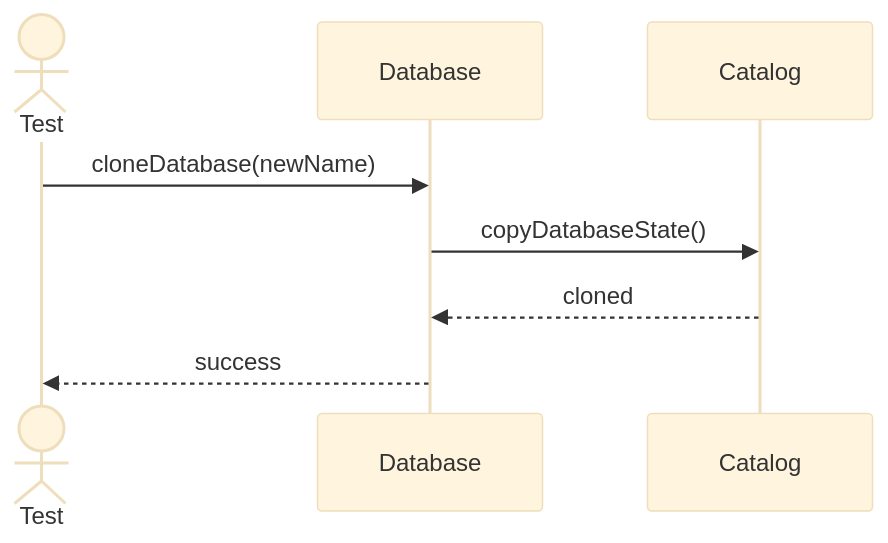
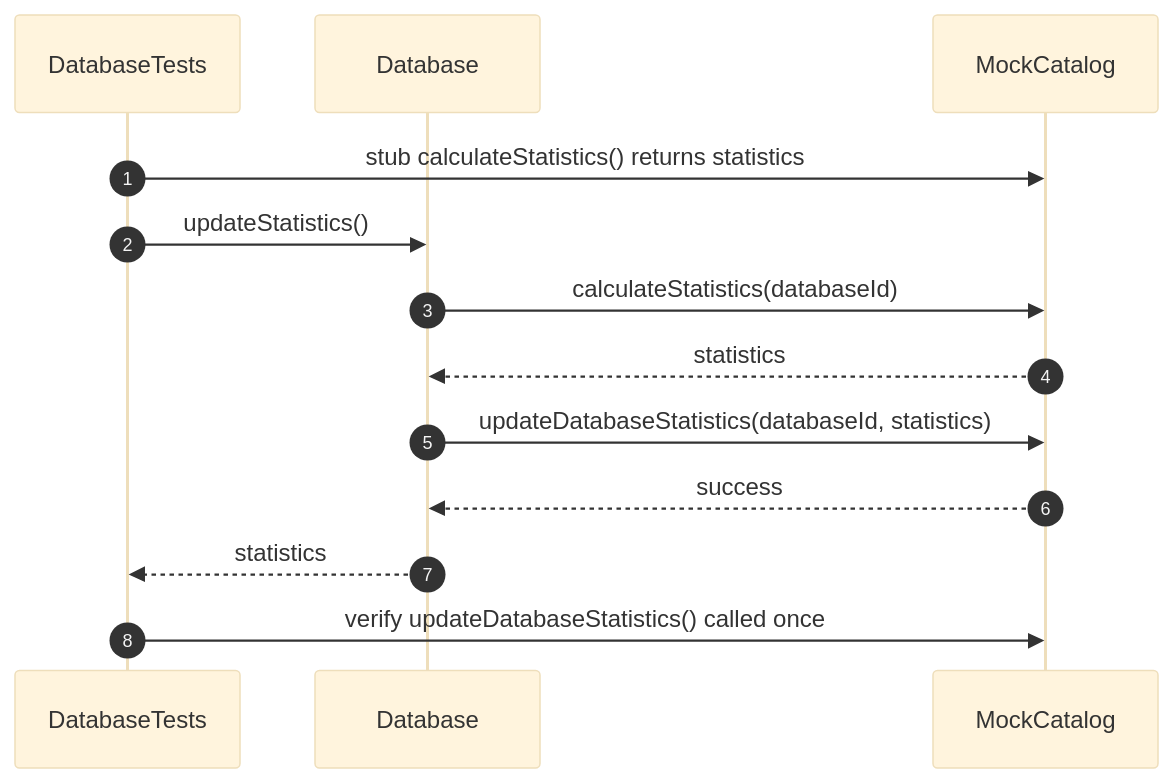
Before and after one commit to FhuAnn/-bbv-AN-s-DBMS: diagram 16 of 25 in src/tests/unit/database/sequences/database-testing.se.md, drawn with Mermaid (base theme). The commit also changed other lines of this file and 28 other files, not shown here.

Commit message:
edit db sequence, dbtest

````diff
--- a/src/tests/unit/database/sequences/database-testing.se.md
+++ b/src/tests/unit/database/sequences/database-testing.se.md
@@ -251,11 +386,21 @@
 ```mermaid
 sequenceDiagram
-actor Test
-participant Database
-participant Catalog
+    autonumber
 
-Test->>Database: cloneDatabase(newName)
-Database->>Catalog: copyDatabaseState()
-Catalog-->>Database: cloned
-Database-->>Test: success
+    participant Test as DatabaseTests
+    participant Database
+    participant Catalog as MockCatalog
+
+    Test->>Catalog: stub calculateStatistics() returns statistics
+    Test->>Database: updateStatistics()
+
+    Database->>Catalog: calculateStatistics(databaseId)
+    Catalog-->>Database: statistics
+
+    Database->>Catalog: updateDatabaseStatistics(databaseId, statistics)
+    Catalog-->>Database: success
+
+    Database-->>Test: statistics
+
+    Test->>Catalog: verify updateDatabaseStatistics() called once
 ```
````
